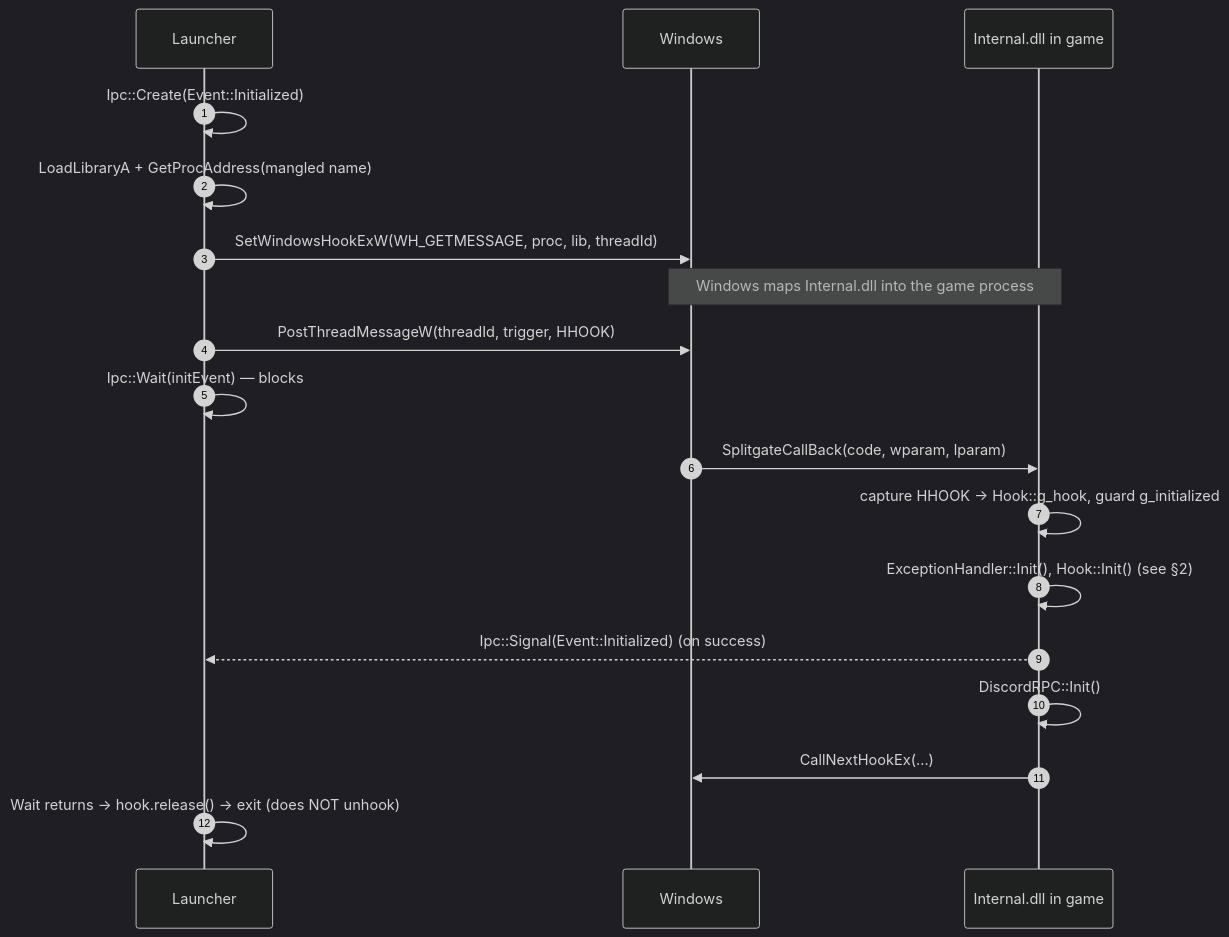
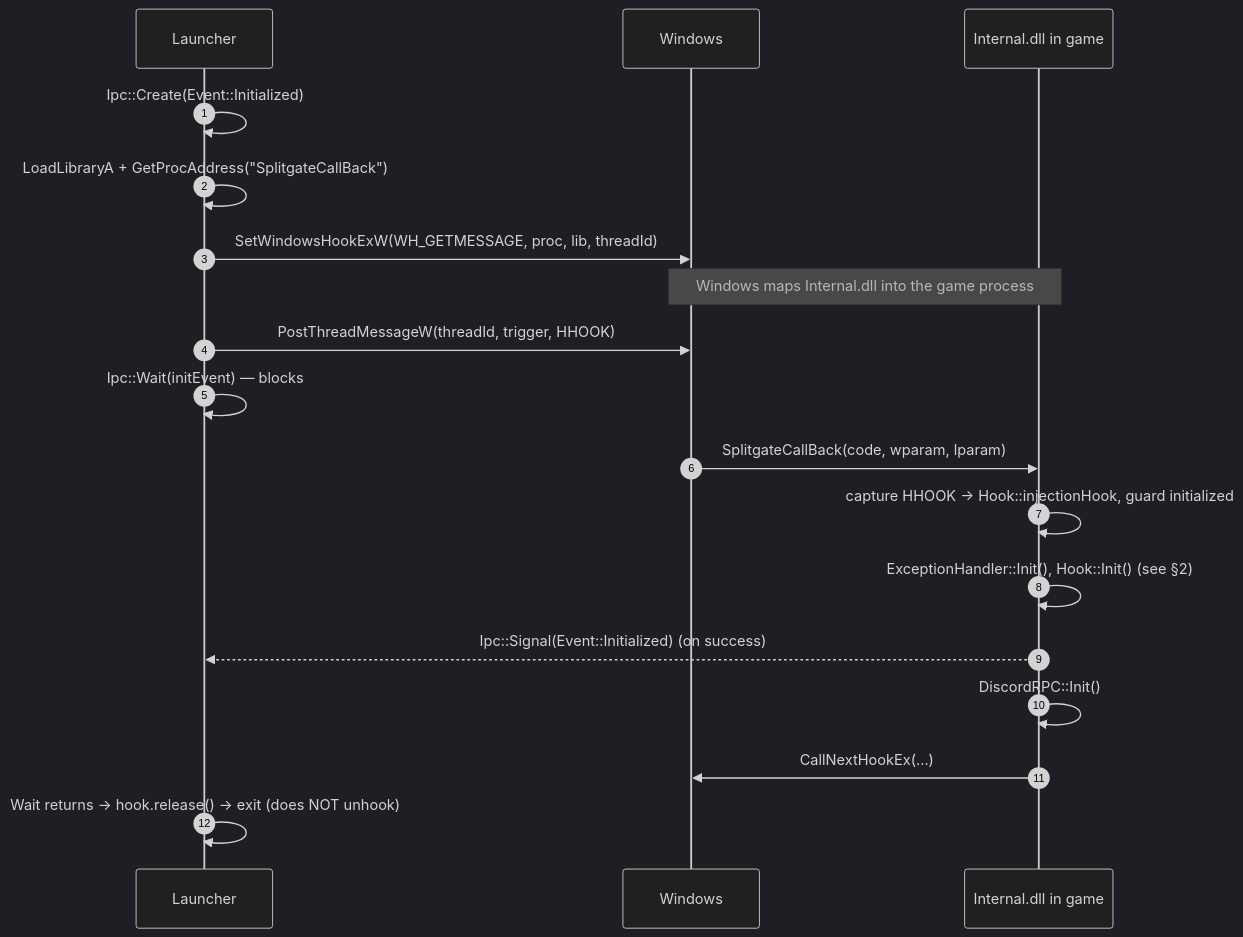
One commit to SplitgateDevelopment/Launcher changed the first of 2 diagrams in docs/hooking.md. Above: the diagram before and after it, drawn with Mermaid (dark theme). The commit also changed other lines of this file and 2 other files, not shown here.

First line of the commit message:
docs: reflect extern "C" export and injectionHook/initialized rename

````diff
--- a/docs/hooking.md
+++ b/docs/hooking.md
@@ -23,21 +23,21 @@
 ```mermaid
 sequenceDiagram
     autonumber
     participant L as Launcher
     participant OS as Windows
     participant DLL as Internal.dll in game
 
     L->>L: Ipc::Create(Event::Initialized)
-    L->>L: LoadLibraryA + GetProcAddress(mangled name)
+    L->>L: LoadLibraryA + GetProcAddress("SplitgateCallBack")
     L->>OS: SetWindowsHookExW(WH_GETMESSAGE, proc, lib, threadId)
     Note over OS,DLL: Windows maps Internal.dll into the game process
     L->>OS: PostThreadMessageW(threadId, trigger, HHOOK)
     L->>L: Ipc::Wait(initEvent) — blocks
     OS->>DLL: SplitgateCallBack(code, wparam, lparam)
-    DLL->>DLL: capture HHOOK → Hook::g_hook, guard g_initialized
+    DLL->>DLL: capture HHOOK → Hook::injectionHook, guard initialized
     DLL->>DLL: ExceptionHandler::Init(), Hook::Init() (see §2)
     DLL-->>L: Ipc::Signal(Event::Initialized) (on success)
     DLL->>DLL: DiscordRPC::Init()
     DLL->>OS: CallNextHookEx(...)
     L->>L: Wait returns → hook.release() → exit (does NOT unhook)
 ```
````
